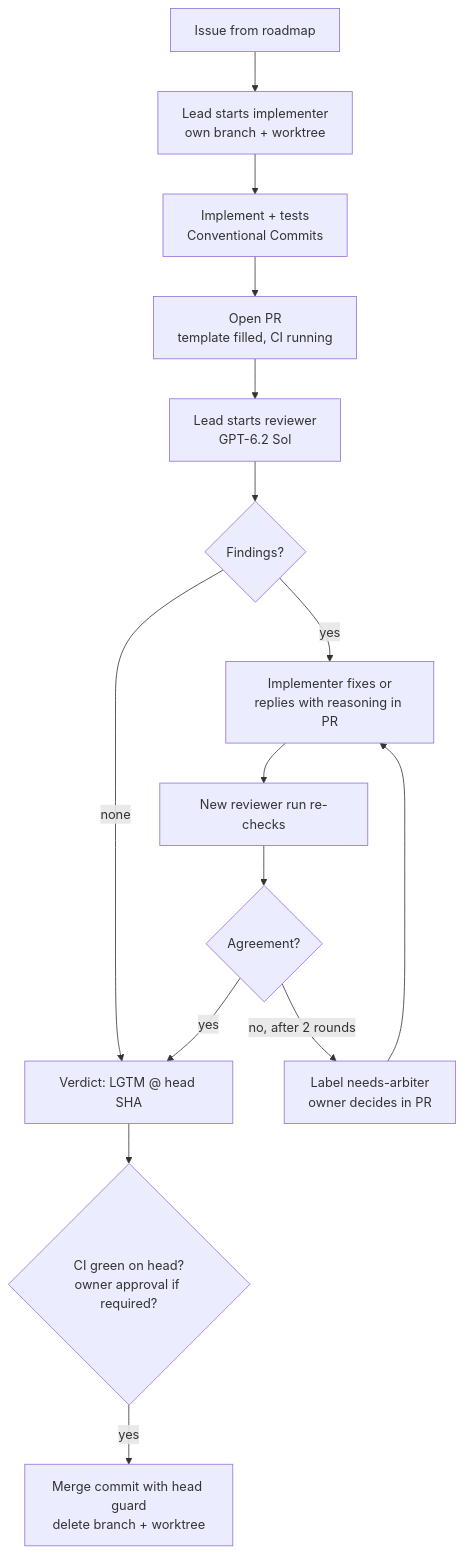
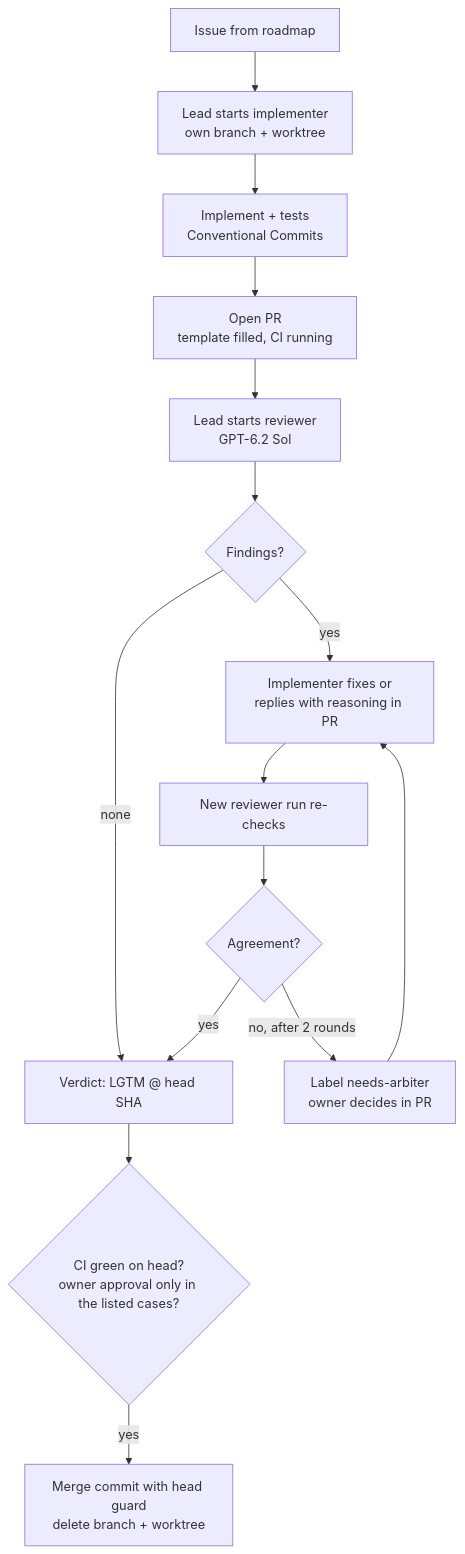
The diagram in docs/plan/05-workflow.md (soeenplop/enduva), drawn with Mermaid before and after one commit. The commit also changed other lines of this file and 3 other files, not shown here.

First line of the commit message:
docs(plan): drop mandatory owner approval when reviewer and lead agree

````diff
--- a/docs/plan/05-workflow.md
+++ b/docs/plan/05-workflow.md
@@ -15,17 +15,17 @@
 ```mermaid
 flowchart TD
   I[Issue from roadmap] --> B[Lead starts implementer<br/>own branch + worktree]
   B --> C[Implement + tests<br/>Conventional Commits]
   C --> P[Open PR<br/>template filled, CI running]
   P --> R[Lead starts reviewer<br/>GPT-6.2 Sol]
   R --> F{Findings?}
   F -- none --> M[Verdict: LGTM @ head SHA]
   F -- yes --> D[Implementer fixes or<br/>replies with reasoning in PR]
   D --> R2[New reviewer run re-checks]
   R2 --> A{Agreement?}
   A -- yes --> M
   A -- "no, after 2 rounds" --> O[Label needs-arbiter<br/>owner decides in PR]
   O --> D
-  M --> G{CI green on head?<br/>owner approval if required?}
+  M --> G{CI green on head?<br/>owner approval only in the listed cases?}
   G -- yes --> MERGE[Merge commit with head guard<br/>delete branch + worktree]
 ```
````
